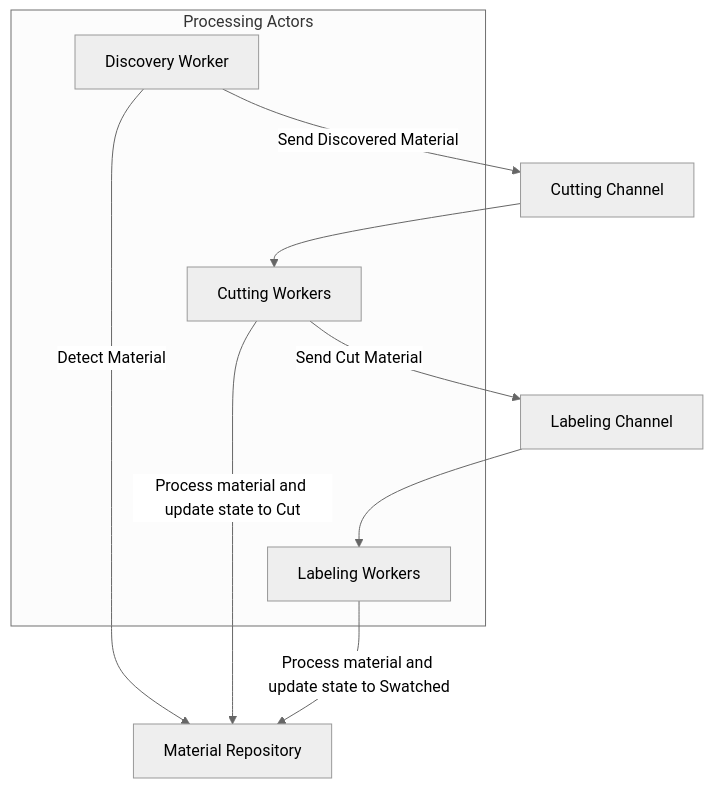
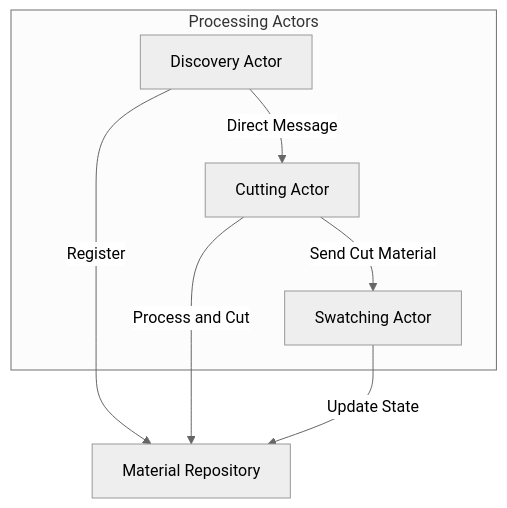
One commit to pandallel/quilt changed the diagram in docs/src/features/actor-model-architecture.md. Above: the diagram before and after it, drawn with Mermaid (neutral theme). The commit also changed other lines of this file and 1 other file, not shown here.

````diff
--- a/docs/src/features/actor-model-architecture.md
+++ b/docs/src/features/actor-model-architecture.md
@@ -28,19 +28,16 @@
 ```mermaid
 graph TB
-    subgraph "Processing Actors"
-        DW[Discovery Worker]
-        CW[Cutting Workers]
-        LW[Labeling Workers]
+    subgraph ProcessingActors["Processing Actors"]
+        DW[Discovery Actor]
+        CW[Cutting Actor]
+        SW[Swatching Actor]
     end
 
     Repo[Material Repository]
 
-    %% Direct message flows between actors, with Repository updates when needed.
-    DW -->|Detect Material| Repo
-    DW -->|Send Discovered Material| CC[Cutting Channel]
-    CC --> CW
-    CW -->|Process material and update state to Cut| Repo
-    CW -->|Send Cut Material| LC[Labeling Channel]
-    LC --> LW
-    LW -->|Process material and update state to Swatched| Repo
+    DW -->|"Direct Message"| CW
+    DW -->|"Register"| Repo
+    CW -->|"Process and Cut"| Repo
+    CW -->|"Send Cut Material"| SW
+    SW -->|"Update State"| Repo
 ```
````
